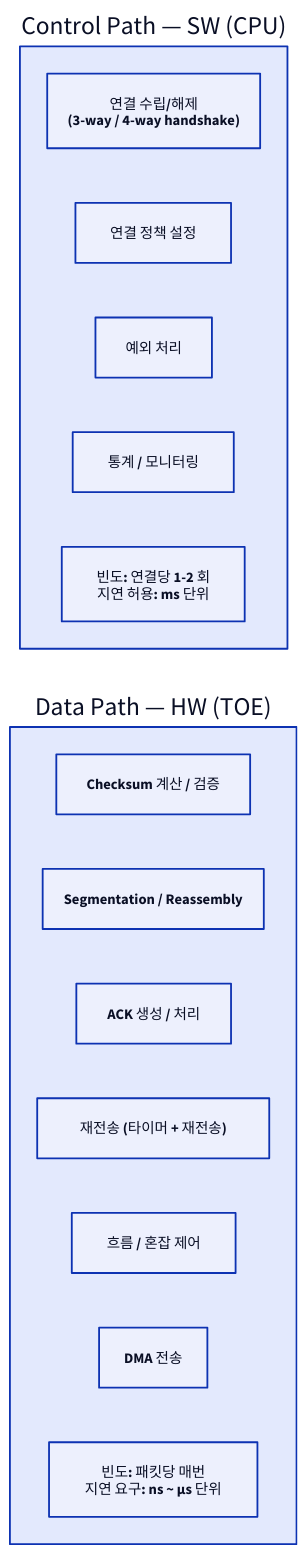
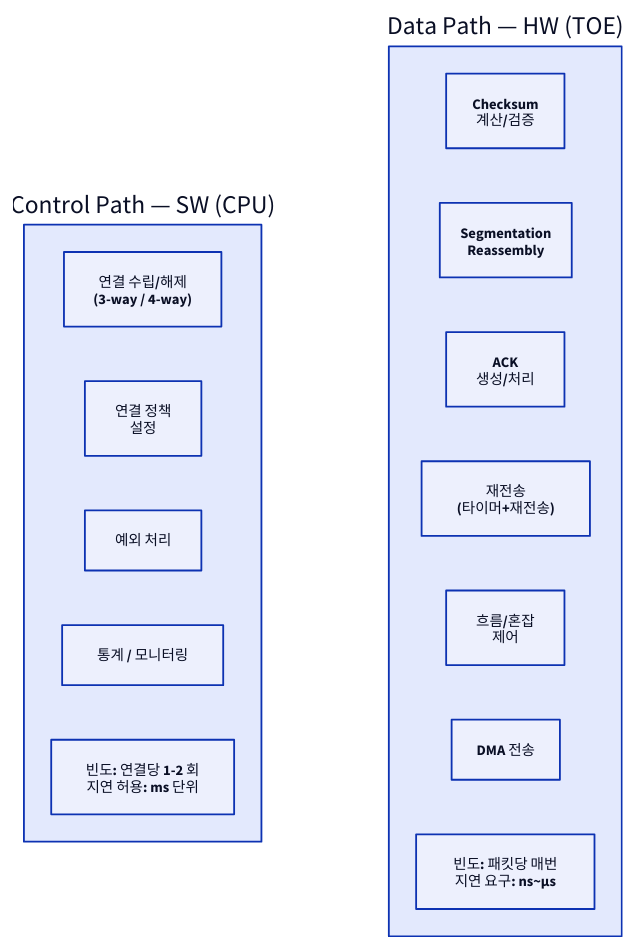
One commit to humbleowl39/DV_SKOOL changed the eighth of 9 diagrams in topics/toe/docs/02_toe_architecture.md. Above: the diagram before and after it, drawn with D2. The commit also changed other lines of this file and 90 other files, not shown here.

First line of the commit message:
docs: 전 토픽 다이어그램 정비 — ASCII→D2, mermaid→D2, 과대 D2 가시성 수정

````diff
--- a/topics/toe/docs/02_toe_architecture.md
+++ b/topics/toe/docs/02_toe_architecture.md
@@ -401,22 +401,23 @@
 ```d2
 direction: right
 
 CP: "Control Path — SW (CPU)" {
   direction: down
-  C1: "연결 수립/해제\n(3-way / 4-way handshake)"
-  C2: "연결 정책 설정"
+  C1: "연결 수립/해제\n(3-way / 4-way)"
+  C2: "연결 정책\n설정"
   C3: "예외 처리"
   C4: "통계 / 모니터링"
   CN: "빈도: 연결당 1-2 회\n지연 허용: ms 단위"
 }
 DP: "Data Path — HW (TOE)" {
   direction: down
-  D1: "Checksum 계산 / 검증"
-  D2: "Segmentation / Reassembly"
-  D3: "ACK 생성 / 처리"
-  D4: "재전송 (타이머 + 재전송)"
-  D5: "흐름 / 혼잡 제어"
+  D1: "Checksum\n계산/검증"
+  D2: "Segmentation\nReassembly"
+  D3: "ACK\n생성/처리"
+  D4: "재전송\n(타이머+재전송)"
+  D5: "흐름/혼잡\n제어"
   D6: "DMA 전송"
-  DN: "빈도: 패킷당 매번\n지연 요구: ns ~ μs 단위"
+  DN: "빈도: 패킷당 매번\n지연 요구: ns~μs"
 }
+CP -> DP: { style.opacity: 0 }
 ```
````
